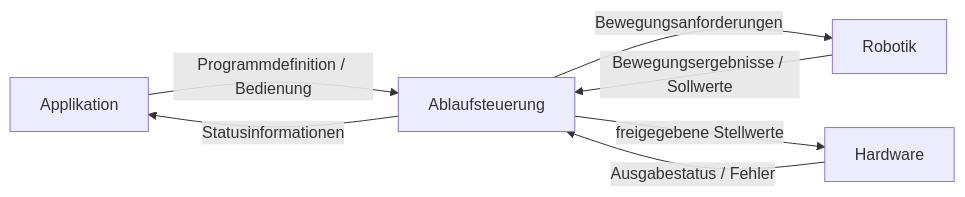
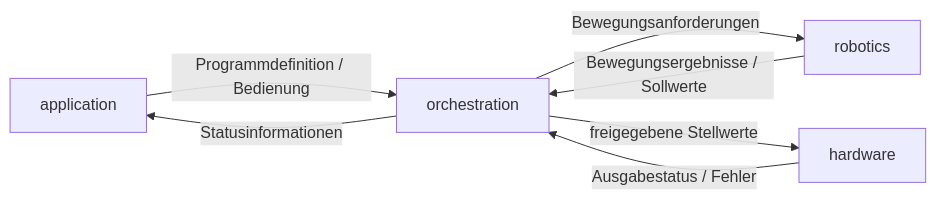
The first of 7 diagrams in doc/projektbeschreibung.md (butz1999/inverse_kinematik), drawn with Mermaid before and after one commit. The commit also changed other lines of this file, not shown here.

````diff
--- a/doc/projektbeschreibung.md
+++ b/doc/projektbeschreibung.md
@@ -337,14 +337,14 @@
 ```mermaid
 flowchart LR
-    A[Applikation]
-    B[Ablaufsteuerung]
-    C[Robotik]
-    D[Hardware]
+    A[application]
+    B[orchestration]
+    C[robotics]
+    D[hardware]
 
     A -->|Programmdefinition / Bedienung| B
     B -->|Bewegungsanforderungen| C
     C -->|Bewegungsergebnisse / Sollwerte| B
     B -->|freigegebene Stellwerte| D
     D -->|Ausgabestatus / Fehler| B
     B -->|Statusinformationen| A
 ```
````
